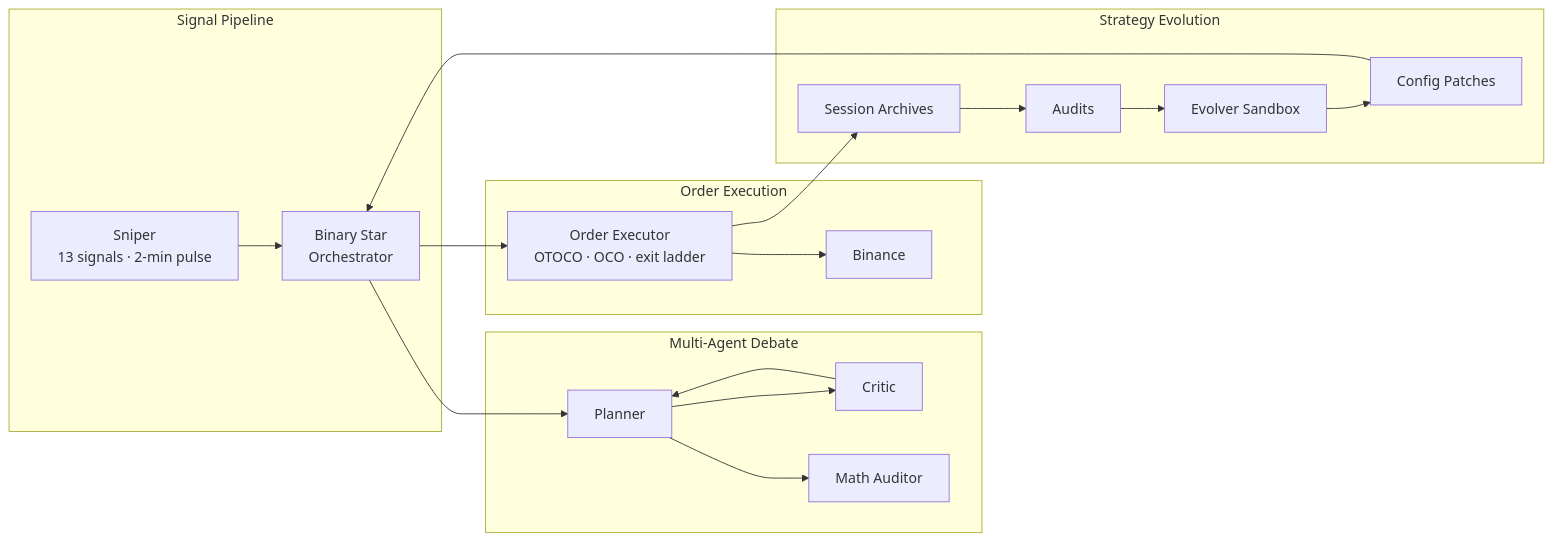
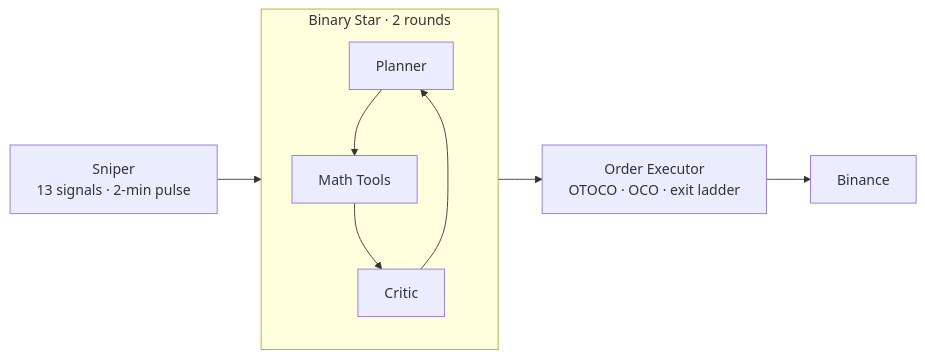
One commit to jiangyang5157/binary-star changed the second of 3 diagrams in README.md. Above: the diagram before and after it, drawn with Mermaid. The commit also changed other lines of this file, not shown here.

Commit message:
docs: update README documentation to reflect architecture changes, agent workflows, and updated CLI usage

````diff
--- a/README.md
+++ b/README.md
@@ -49,23 +51,15 @@
 ```mermaid
 graph LR
-    subgraph Signal["Signal Pipeline"]
-        Sniper["Sniper<br/>13 signals · 2-min pulse"] --> BSO["Binary Star<br/>Orchestrator"]
-    end
-    subgraph Debate["Multi-Agent Debate"]
-        BSO --> Planner["Planner"]
-        Planner --> Critic["Critic"]
-        Planner --> Math["Math Auditor"]
+    subgraph Debate["Binary Star · 2 rounds"]
+        Planner["Planner"]
+        Critic["Critic"]
+        Math["Math Tools"]
+        Planner --> Math
+        Math --> Critic
         Critic --> Planner
     end
-    subgraph Execution["Order Execution"]
-        BSO --> Executor["Order Executor<br/>OTOCO · OCO · exit ladder"]
-        Executor --> Binance["Binance"]
-    end
-    subgraph Evolution["Strategy Evolution"]
-        Executor --> Archives["Session Archives"]
-        Archives --> Audits["Audits"]
-        Audits --> Evolver["Evolver Sandbox"]
-        Evolver --> Config["Config Patches"]
-        Config --> BSO
-    end
+
+    Sniper["Sniper<br/>13 signals · 2-min pulse"] --> Debate
+    Debate --> Executor["Order Executor<br/>OTOCO · OCO · exit ladder"]
+    Executor --> Binance["Binance"]
 ```
````
